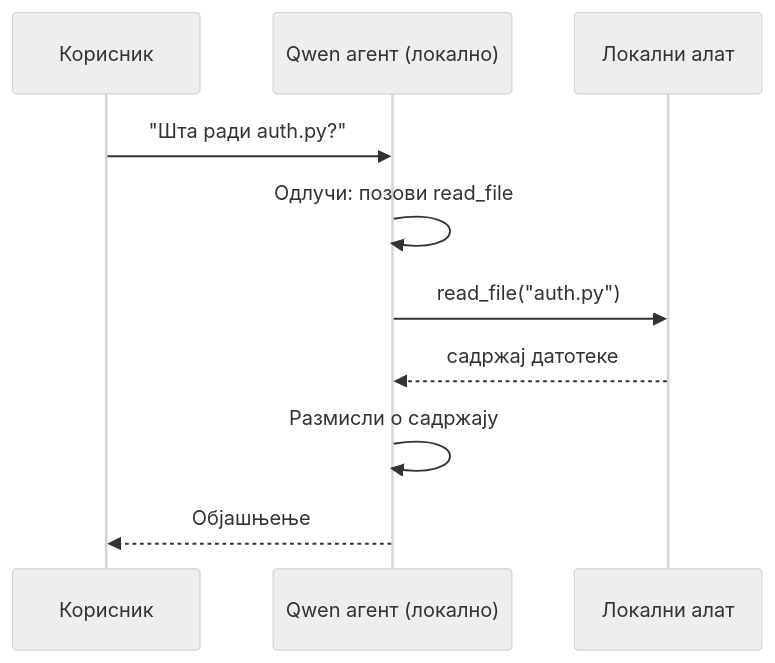
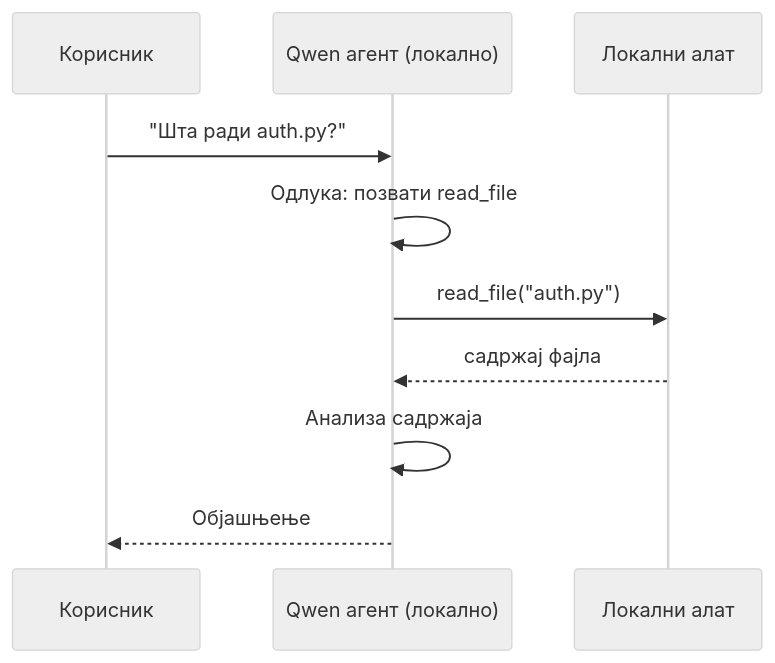
One commit to gabrielmoreira/agent-skills-mirror changed the second of 4 diagrams in mirrors/repos/microsoft@ai-agents-for-beginners/translations/sr/17-creating-local-ai-agents/README.md. Above: the diagram before and after it, drawn with Mermaid (neutral theme). The commit also changed other lines of this file and 4262 other files, not shown here.

````diff
--- a/mirrors/repos/microsoft@ai-agents-for-beginners/translations/sr/17-creating-local-ai-agents/README.md
+++ b/mirrors/repos/microsoft@ai-agents-for-beginners/translations/sr/17-creating-local-ai-agents/README.md
@@ -106,12 +106,12 @@
 ```mermaid
 sequenceDiagram
     participant U as Корисник
     participant A as Qwen агент (локално)
     participant T as Локални алат
     U->>A: "Шта ради auth.py?"
-    A->>A: Одлучи: позови read_file
+    A->>A: Одлука: позвати read_file
     A->>T: read_file("auth.py")
-    T-->>A: садржај датотеке
-    A->>A: Размисли о садржају
+    T-->>A: садржај фајла
+    A->>A: Анализа садржаја
     A-->>U: Објашњење
 ```
````
